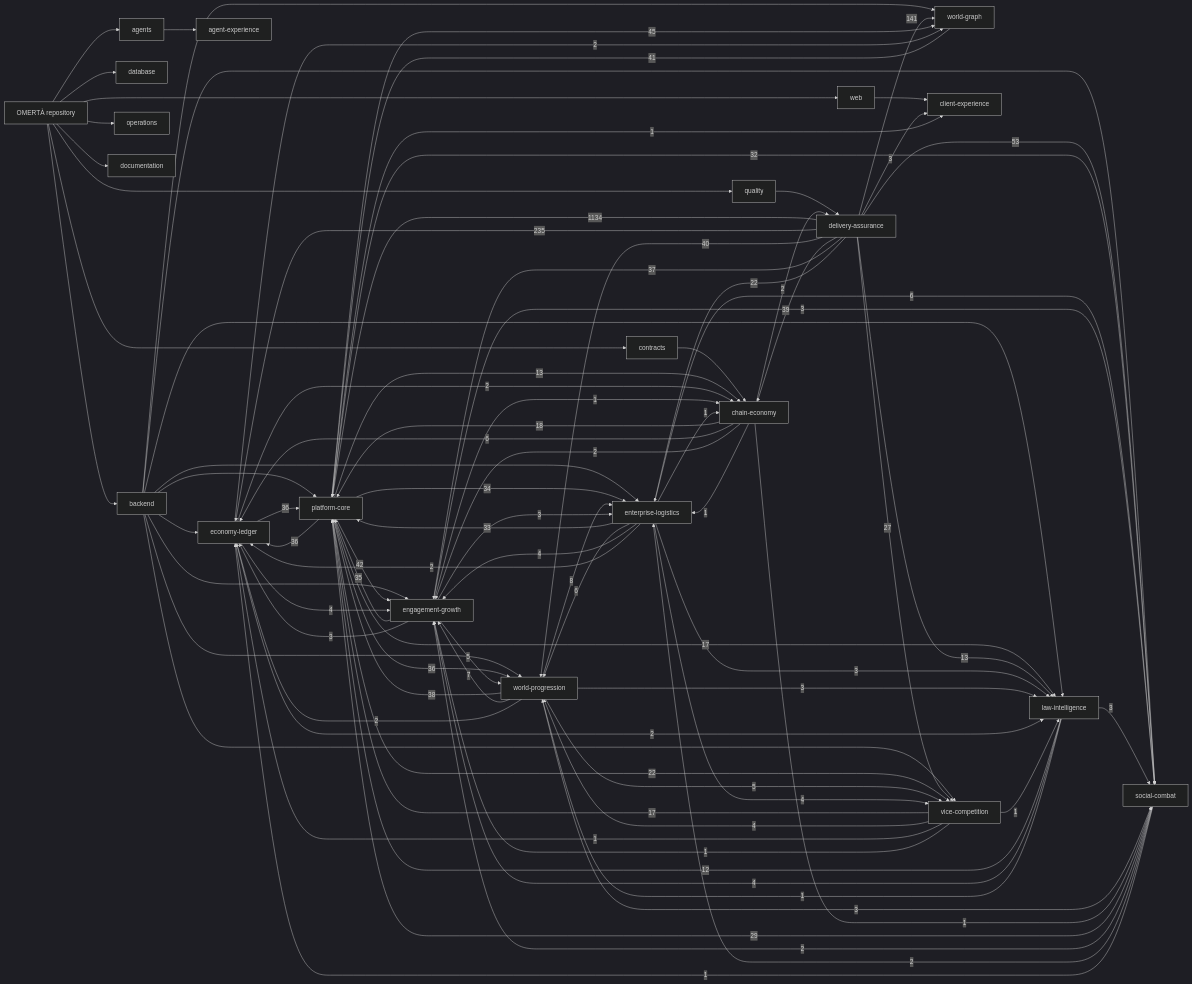
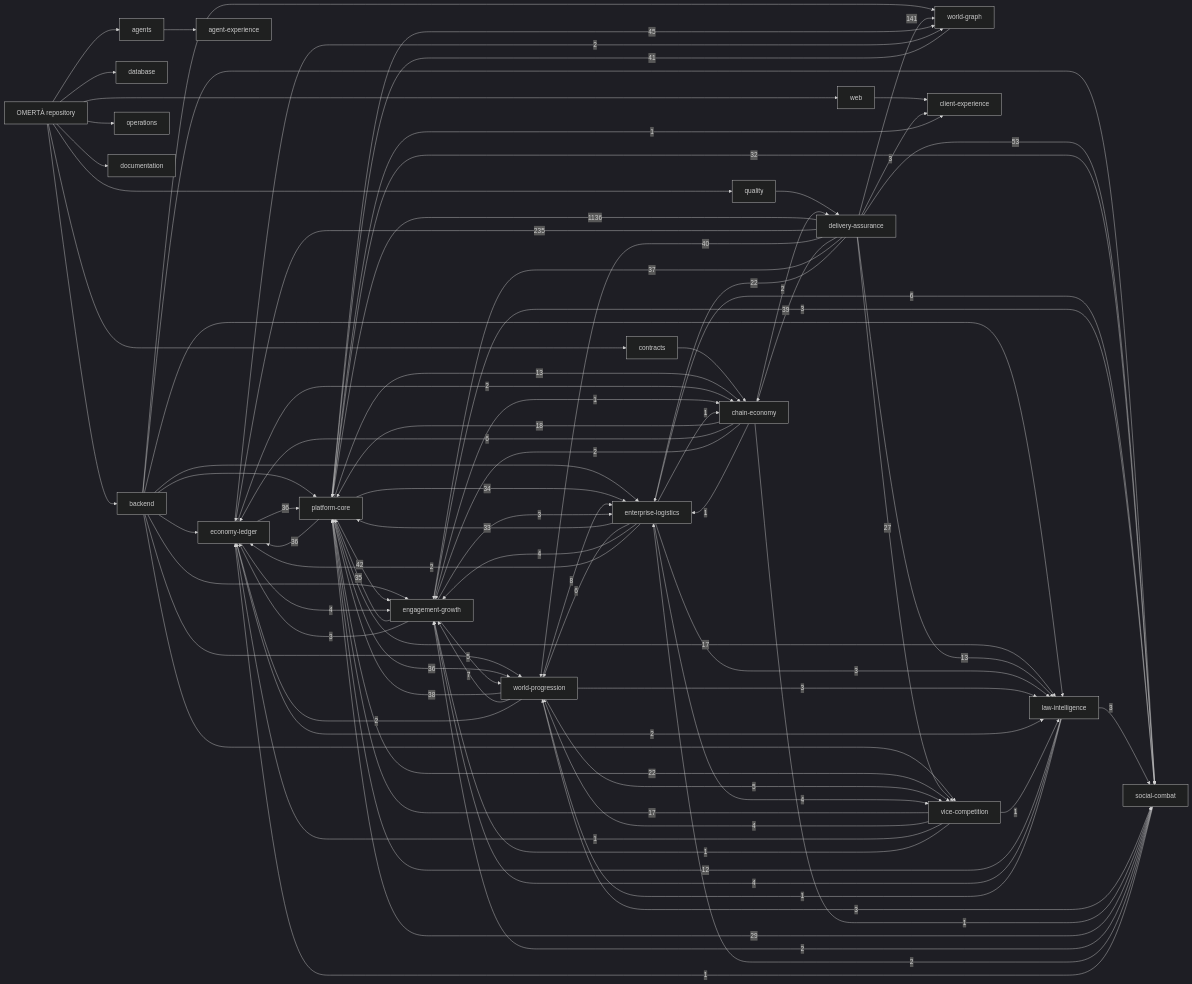
The diagram in knowledge/generated/graph.mmd (OmertaDev/Omerta), drawn with Mermaid (dark theme) before and after one commit. The commit also changed 6 other files, not shown here.

```diff
--- a/knowledge/generated/graph.mmd
+++ b/knowledge/generated/graph.mmd
@@ -1,111 +1,111 @@
 flowchart LR
   repo["OMERTÀ repository"]
   sub_backend["backend"]
   repo --> sub_backend
   sub_database["database"]
   repo --> sub_database
   sub_web["web"]
   repo --> sub_web
   sub_contracts["contracts"]
   repo --> sub_contracts
   sub_agents["agents"]
   repo --> sub_agents
   sub_quality["quality"]
   repo --> sub_quality
   sub_operations["operations"]
   repo --> sub_operations
   sub_documentation["documentation"]
   repo --> sub_documentation
   dom_platform-core["platform-core"]
   dom_economy-ledger["economy-ledger"]
   dom_social-combat["social-combat"]
   dom_world-progression["world-progression"]
   dom_world-graph["world-graph"]
   dom_enterprise-logistics["enterprise-logistics"]
   dom_vice-competition["vice-competition"]
   dom_law-intelligence["law-intelligence"]
   dom_chain-economy["chain-economy"]
   dom_engagement-growth["engagement-growth"]
   dom_client-experience["client-experience"]
   dom_agent-experience["agent-experience"]
   dom_delivery-assurance["delivery-assurance"]
   sub_agents --> dom_agent-experience
   sub_backend --> dom_economy-ledger
   sub_backend --> dom_engagement-growth
   sub_backend --> dom_enterprise-logistics
   sub_backend --> dom_law-intelligence
   sub_backend --> dom_platform-core
   sub_backend --> dom_social-combat
   sub_backend --> dom_vice-competition
   sub_backend --> dom_world-graph
   sub_backend --> dom_world-progression
   sub_contracts --> dom_chain-economy
   sub_quality --> dom_delivery-assurance
   sub_web --> dom_client-experience
-  dom_delivery-assurance -->|1134| dom_platform-core
+  dom_delivery-assurance -->|1136| dom_platform-core
   dom_delivery-assurance -->|235| dom_economy-ledger
   dom_delivery-assurance -->|141| dom_world-graph
   dom_delivery-assurance -->|53| dom_social-combat
   dom_platform-core -->|45| dom_world-graph
   dom_platform-core -->|42| dom_engagement-growth
   dom_world-graph -->|41| dom_platform-core
   dom_delivery-assurance -->|40| dom_world-progression
   dom_delivery-assurance -->|39| dom_chain-economy
   dom_world-progression -->|38| dom_platform-core
   dom_delivery-assurance -->|37| dom_engagement-growth
   dom_economy-ledger -->|36| dom_platform-core
   dom_platform-core -->|36| dom_economy-ledger
   dom_platform-core -->|36| dom_world-progression
   dom_engagement-growth -->|35| dom_platform-core
   dom_platform-core -->|34| dom_enterprise-logistics
   dom_enterprise-logistics -->|33| dom_platform-core
   dom_platform-core -->|32| dom_social-combat
   dom_social-combat -->|29| dom_platform-core
   dom_delivery-assurance -->|27| dom_vice-competition
   dom_delivery-assurance -->|22| dom_enterprise-logistics
   dom_platform-core -->|22| dom_vice-competition
   dom_chain-economy -->|18| dom_platform-core
   dom_platform-core -->|17| dom_law-intelligence
   dom_vice-competition -->|17| dom_platform-core
   dom_delivery-assurance -->|13| dom_law-intelligence
   dom_platform-core -->|13| dom_chain-economy
   dom_law-intelligence -->|12| dom_platform-core
   dom_world-progression -->|8| dom_enterprise-logistics
   dom_world-progression -->|7| dom_engagement-growth
   dom_chain-economy -->|6| dom_economy-ledger
   dom_enterprise-logistics -->|6| dom_social-combat
   dom_enterprise-logistics -->|6| dom_world-progression
   dom_engagement-growth -->|5| dom_world-progression
   dom_world-progression -->|5| dom_vice-competition
   dom_economy-ledger -->|4| dom_engagement-growth
   dom_enterprise-logistics -->|4| dom_engagement-growth
   dom_enterprise-logistics -->|4| dom_vice-competition
   dom_law-intelligence -->|4| dom_engagement-growth
   dom_vice-competition -->|4| dom_world-progression
   dom_delivery-assurance -->|3| dom_client-experience
   dom_engagement-growth -->|3| dom_economy-ledger
   dom_engagement-growth -->|3| dom_enterprise-logistics
   dom_engagement-growth -->|3| dom_social-combat
   dom_enterprise-logistics -->|3| dom_law-intelligence
   dom_law-intelligence -->|3| dom_social-combat
   dom_world-progression -->|3| dom_law-intelligence
   dom_world-progression -->|3| dom_social-combat
   dom_chain-economy -->|2| dom_delivery-assurance
   dom_chain-economy -->|2| dom_engagement-growth
   dom_economy-ledger -->|2| dom_chain-economy
   dom_economy-ledger -->|2| dom_law-intelligence
   dom_economy-ledger -->|2| dom_world-graph
   dom_enterprise-logistics -->|2| dom_economy-ledger
   dom_social-combat -->|2| dom_engagement-growth
   dom_social-combat -->|2| dom_enterprise-logistics
   dom_world-progression -->|2| dom_economy-ledger
   dom_chain-economy -->|1| dom_enterprise-logistics
   dom_chain-economy -->|1| dom_social-combat
   dom_engagement-growth -->|1| dom_chain-economy
   dom_enterprise-logistics -->|1| dom_chain-economy
   dom_law-intelligence -->|1| dom_world-progression
   dom_platform-core -->|1| dom_client-experience
   dom_social-combat -->|1| dom_economy-ledger
   dom_vice-competition -->|1| dom_economy-ledger
   dom_vice-competition -->|1| dom_engagement-growth
   dom_vice-competition -->|1| dom_law-intelligence
```
